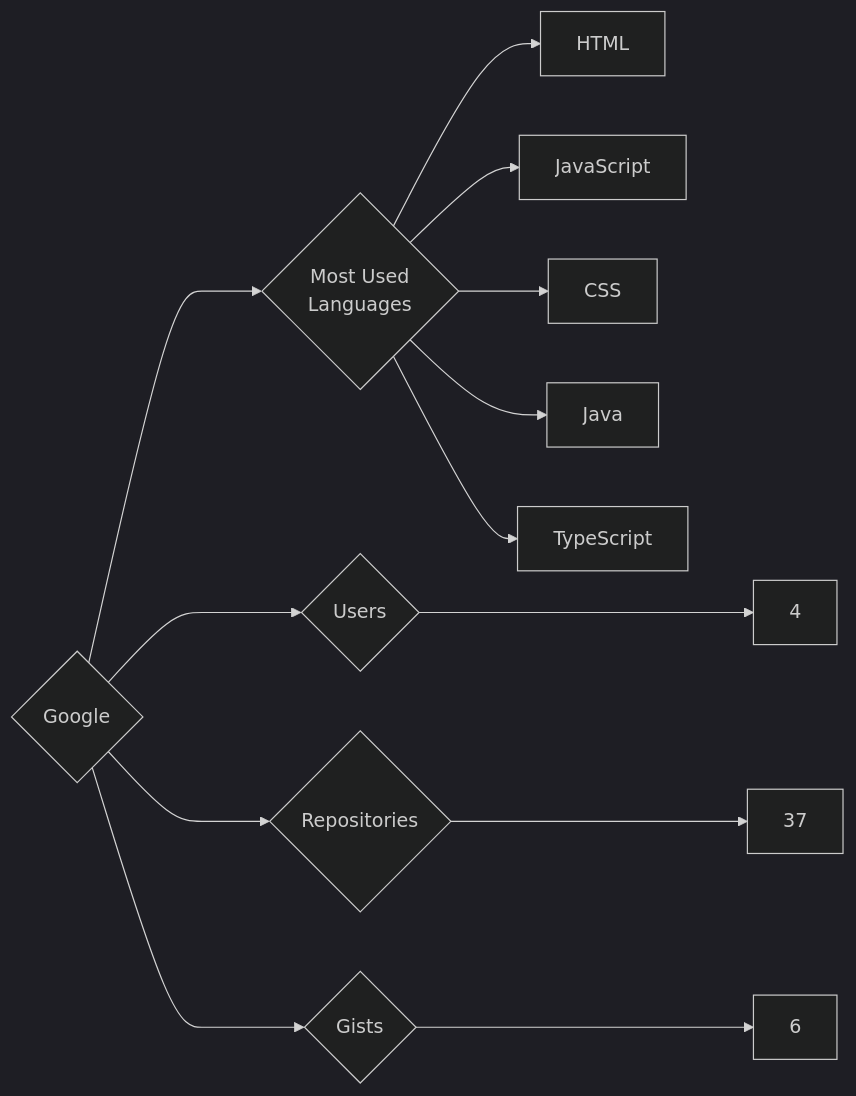
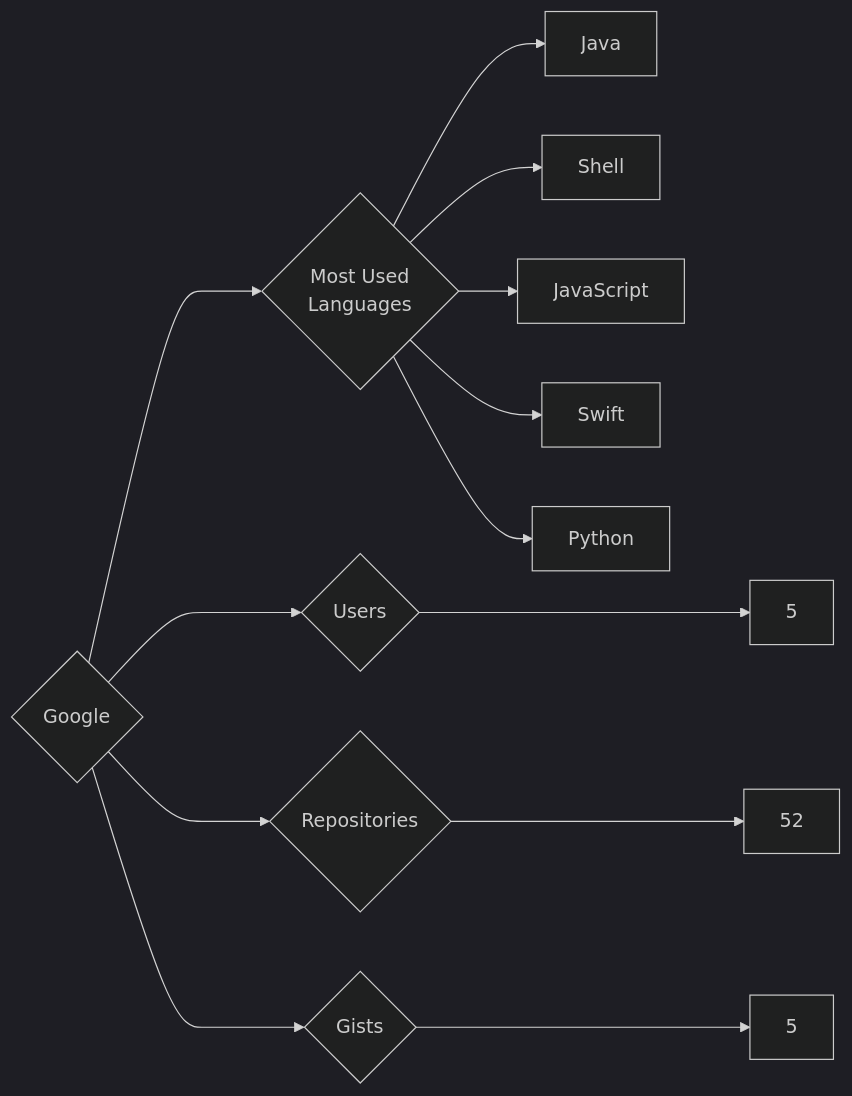
Before and after one commit to trickest/insiders: the diagram in targets/Google/README.md, drawn with Mermaid (dark theme). The commit also changed 1092 other files, not shown here.

````diff
--- a/targets/Google/README.md
+++ b/targets/Google/README.md
@@ -3,13 +3,13 @@
 ```mermaid
 graph LR
 COMPANY_NAME{Google}
-COMPANY_NAME ---> U{Users} ---> UN[4]
-COMPANY_NAME ---> R{Repositories} ---> RN[37]
-COMPANY_NAME ---> G{Gists} ---> GN[6]
+COMPANY_NAME ---> U{Users} ---> UN[5]
+COMPANY_NAME ---> R{Repositories} ---> RN[52]
+COMPANY_NAME ---> G{Gists} ---> GN[5]
 COMPANY_NAME ---> ML{Most Used<br>Languages}
-ML --> HTML[HTML]
+ML --> Java[Java]
+ML --> Shell[Shell]
 ML --> JavaScript[JavaScript]
-ML --> CSS[CSS]
-ML --> Java[Java]
-ML --> TypeScript[TypeScript]
+ML --> Swift[Swift]
+ML --> Python[Python]
 ```
````
